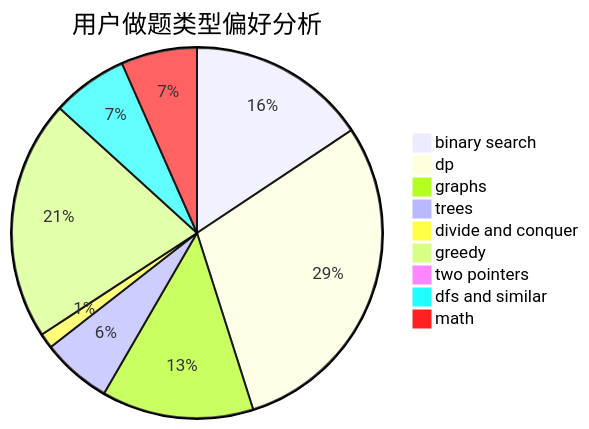
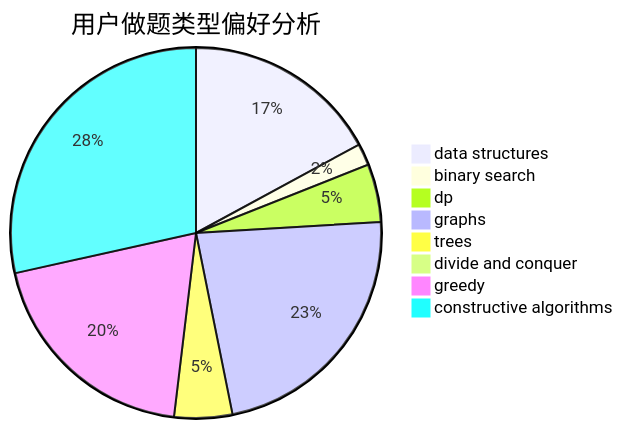
Before and after one commit to sherpahu/cfrs.github.io: the second of 3 diagrams in docs/user/u1939.md, drawn with Mermaid. The commit also changed other lines of this file and 2775 other files, not shown here.

````diff
--- a/docs/user/u1939.md
+++ b/docs/user/u1939.md
@@ -23,12 +23,11 @@
 ```mermaid
 pie title 用户做题类型偏好分析
-    "binary search" :  59
-    "dp" :  111
-    "graphs" :  50
-    "trees" :  23
-    "divide and conquer" :  5
-    "greedy" :  79
-    "two pointers" :  0
-    "dfs and similar" :  25
-    "math" :  25
+    "data structures" :  27
+    "binary search" :  3
+    "dp" :  8
+    "graphs" :  36
+    "trees" :  8
+    "divide and conquer" :  0
+    "greedy" :  31
+    "constructive algorithms" :  45
 ```
````
